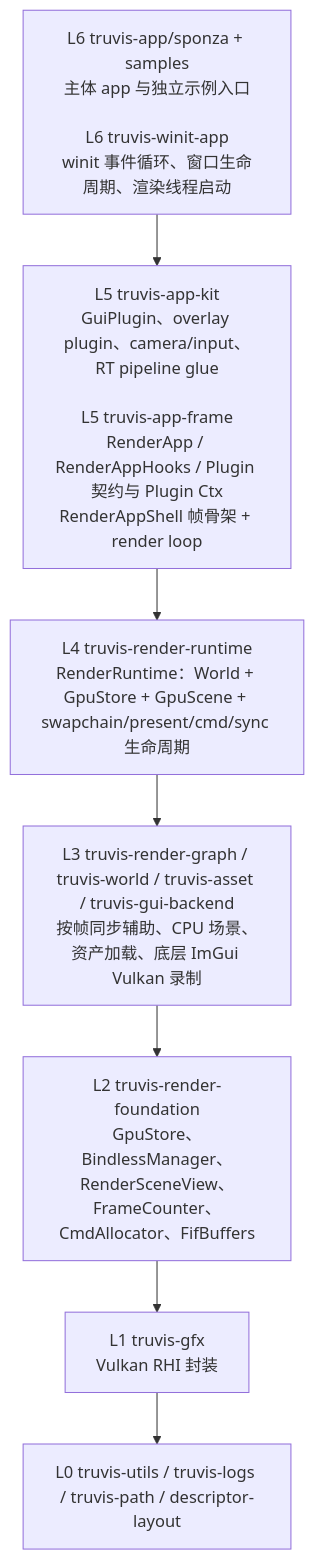
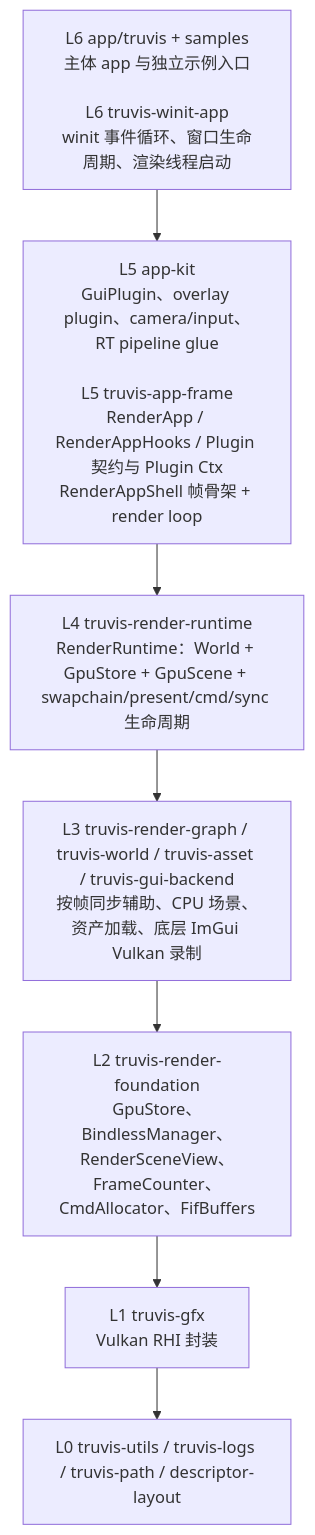
The first of 7 diagrams in ARCHITECTURE.md (acccoco/TruvisRenderer), drawn with Mermaid before and after one commit. The commit also changed other lines of this file and 56 other files, not shown here.

````diff
--- a/ARCHITECTURE.md
+++ b/ARCHITECTURE.md
@@ -9,12 +9,12 @@
 ```mermaid
 flowchart TB
-    L6["L6 truvis-app/sponza + samples<br/>主体 app 与独立示例入口<br/><br/>L6 truvis-winit-app<br/>winit 事件循环、窗口生命周期、渲染线程启动"]
-    L5["L5 truvis-app-kit<br/>GuiPlugin、overlay plugin、camera/input、RT pipeline glue<br/><br/>L5 truvis-app-frame<br/>RenderApp / RenderAppHooks / Plugin 契约与 Plugin Ctx<br/>RenderAppShell 帧骨架 + render loop"]
+    L6["L6 app/truvis + samples<br/>主体 app 与独立示例入口<br/><br/>L6 truvis-winit-app<br/>winit 事件循环、窗口生命周期、渲染线程启动"]
+    L5["L5 app-kit<br/>GuiPlugin、overlay plugin、camera/input、RT pipeline glue<br/><br/>L5 truvis-app-frame<br/>RenderApp / RenderAppHooks / Plugin 契约与 Plugin Ctx<br/>RenderAppShell 帧骨架 + render loop"]
     L4["L4 truvis-render-runtime<br/>RenderRuntime：World + GpuStore + GpuScene + swapchain/present/cmd/sync 生命周期"]
     L3["L3 truvis-render-graph / truvis-world / truvis-asset / truvis-gui-backend<br/>按帧同步辅助、CPU 场景、资产加载、底层 ImGui Vulkan 录制"]
     L2["L2 truvis-render-foundation<br/>GpuStore、BindlessManager、RenderSceneView、FrameCounter、CmdAllocator、FifBuffers"]
     L1["L1 truvis-gfx<br/>Vulkan RHI 封装"]
     L0["L0 truvis-utils / truvis-logs / truvis-path / descriptor-layout"]
 
     L6 --> L5 --> L4 --> L3 --> L2 --> L1 --> L0
 ```
````
